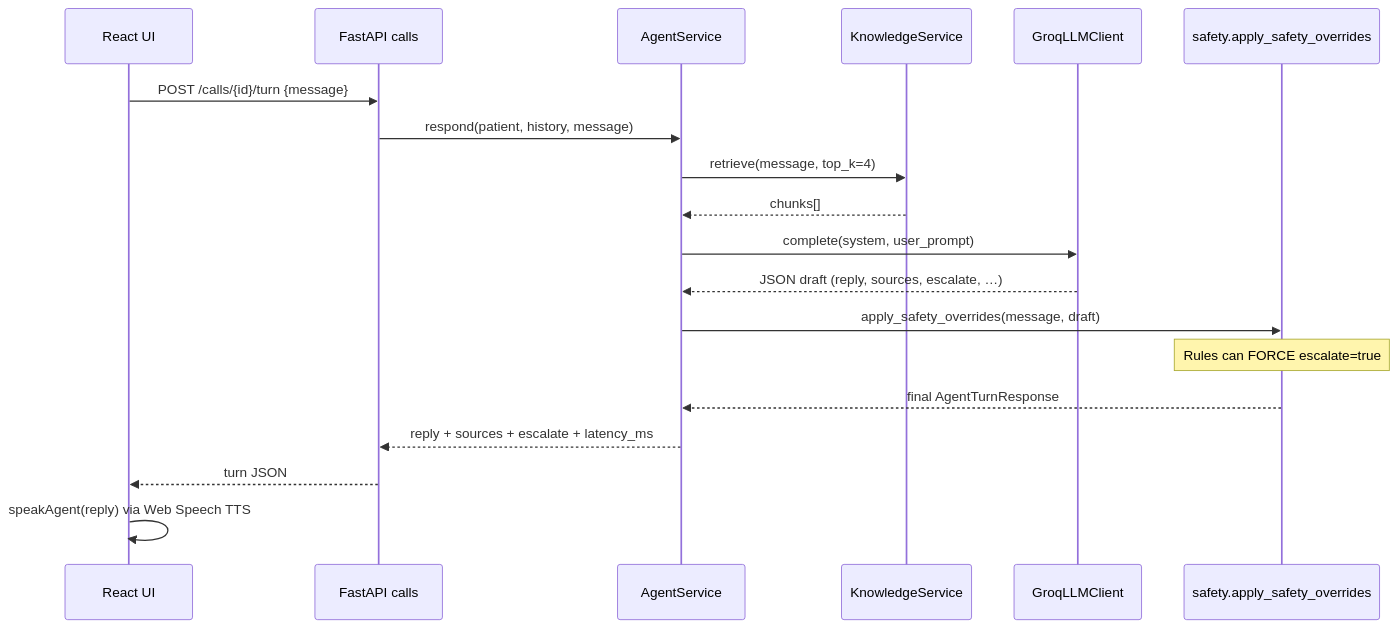
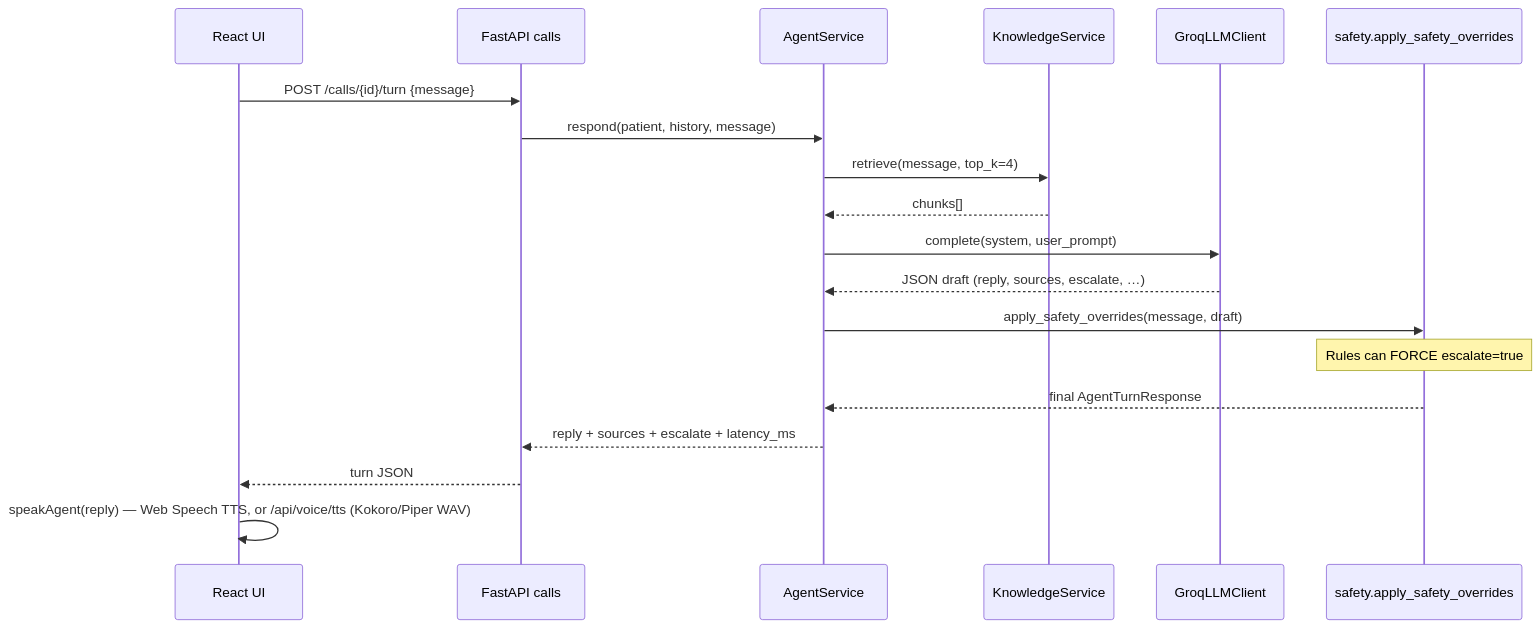
Before and after one commit to jfernand196/tech-sphere-voice-agent: the second of 5 diagrams in ARCHITECTURE.md, drawn with Mermaid. The commit also changed other lines of this file, not shown here.

Commit message:
Document Piper alongside Kokoro in the architecture diagram.

````diff
--- a/ARCHITECTURE.md
+++ b/ARCHITECTURE.md
@@ -50,22 +50,22 @@
 ```mermaid
 sequenceDiagram
   participant FE as React UI
   participant API as FastAPI calls
   participant Ag as AgentService
   participant RAG as KnowledgeService
   participant LLM as GroqLLMClient
   participant Saf as safety.apply_safety_overrides
 
   FE->>API: POST /calls/{id}/turn {message}
   API->>Ag: respond(patient, history, message)
   Ag->>RAG: retrieve(message, top_k=4)
   RAG-->>Ag: chunks[]
   Ag->>LLM: complete(system, user_prompt)
   LLM-->>Ag: JSON draft (reply, sources, escalate, …)
   Ag->>Saf: apply_safety_overrides(message, draft)
   Note over Saf: Rules can FORCE escalate=true
   Saf-->>Ag: final AgentTurnResponse
   Ag-->>API: reply + sources + escalate + latency_ms
   API-->>FE: turn JSON
-  FE->>FE: speakAgent(reply) via Web Speech TTS
+  FE->>FE: speakAgent(reply) — Web Speech TTS, or /api/voice/tts (Kokoro/Piper WAV)
 ```
````
